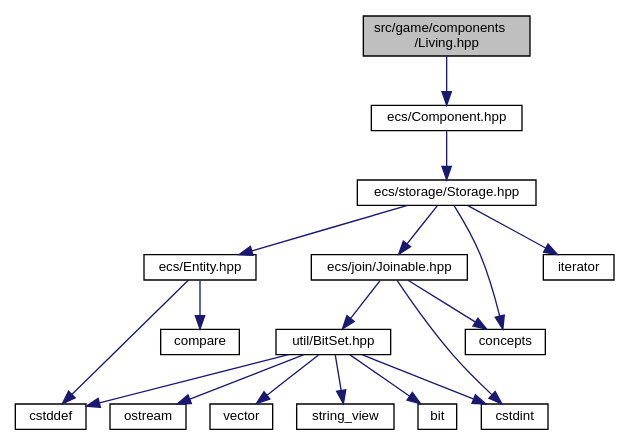
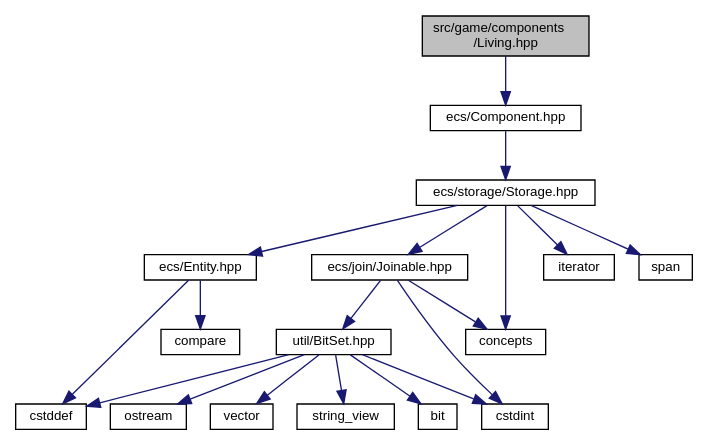
The diagram in _living_8hpp__incl.dot (MisterPeModder/Bomberman-Global-Offensive), drawn with Graphviz before and after one commit. The commit also changed 321 other files, not shown here.

Commit message:
Deploying to gh-pages from @ MisterPeModder/Bomberman-Global-Offensive@d3185e0575ebf8fe3eca5b02d07a9483788439b3 🚀

```diff
--- a/_living_8hpp__incl.dot
+++ b/_living_8hpp__incl.dot
@@ -1,38 +1,40 @@
 digraph "src/game/components/Living.hpp"
 {
  // LATEX_PDF_SIZE
   edge [fontname="Helvetica",fontsize="10",labelfontname="Helvetica",labelfontsize="10"];
   node [fontname="Helvetica",fontsize="10",shape=record];
   Node1 [label="src/game/components\l/Living.hpp",height=0.2,width=0.4,color="black", fillcolor="grey75", style="filled", fontcolor="black",tooltip=" "];
   Node1 -> Node2 [color="midnightblue",fontsize="10",style="solid",fontname="Helvetica"];
   Node2 [label="ecs/Component.hpp",height=0.2,width=0.4,color="black", fillcolor="white", style="filled",URL="$_component_8hpp.html",tooltip=" "];
   Node2 -> Node3 [color="midnightblue",fontsize="10",style="solid",fontname="Helvetica"];
   Node3 [label="ecs/storage/Storage.hpp",height=0.2,width=0.4,color="black", fillcolor="white", style="filled",URL="$storage_2_storage_8hpp.html",tooltip=" "];
   Node3 -> Node4 [color="midnightblue",fontsize="10",style="solid",fontname="Helvetica"];
   Node4 [label="ecs/Entity.hpp",height=0.2,width=0.4,color="black", fillcolor="white", style="filled",URL="$_entity_8hpp.html",tooltip=" "];
   Node4 -> Node5 [color="midnightblue",fontsize="10",style="solid",fontname="Helvetica"];
   Node5 [label="compare",height=0.2,width=0.4,color="black", fillcolor="white", style="filled",URL="/home/runner/work/Bomberman-Global-Offensive/Bomberman-Global-Offensive/doc/external/cppreference-doxygen-web.tag.xml$cpp/header/compare.html",tooltip=" "];
   Node4 -> Node6 [color="midnightblue",fontsize="10",style="solid",fontname="Helvetica"];
   Node6 [label="cstddef",height=0.2,width=0.4,color="black", fillcolor="white", style="filled",URL="/home/runner/work/Bomberman-Global-Offensive/Bomberman-Global-Offensive/doc/external/cppreference-doxygen-web.tag.xml$cpp/header/cstddef.html",tooltip=" "];
   Node3 -> Node7 [color="midnightblue",fontsize="10",style="solid",fontname="Helvetica"];
   Node7 [label="ecs/join/Joinable.hpp",height=0.2,width=0.4,color="black", fillcolor="white", style="filled",URL="$_joinable_8hpp.html",tooltip=" "];
   Node7 -> Node8 [color="midnightblue",fontsize="10",style="solid",fontname="Helvetica"];
   Node8 [label="util/BitSet.hpp",height=0.2,width=0.4,color="black", fillcolor="white", style="filled",URL="$_bit_set_8hpp.html",tooltip=" "];
   Node8 -> Node9 [color="midnightblue",fontsize="10",style="solid",fontname="Helvetica"];
   Node9 [label="bit",height=0.2,width=0.4,color="black", fillcolor="white", style="filled",URL="/home/runner/work/Bomberman-Global-Offensive/Bomberman-Global-Offensive/doc/external/cppreference-doxygen-web.tag.xml$cpp/header/bit.html",tooltip=" "];
   Node8 -> Node6 [color="midnightblue",fontsize="10",style="solid",fontname="Helvetica"];
   Node8 -> Node10 [color="midnightblue",fontsize="10",style="solid",fontname="Helvetica"];
   Node10 [label="cstdint",height=0.2,width=0.4,color="black", fillcolor="white", style="filled",URL="/home/runner/work/Bomberman-Global-Offensive/Bomberman-Global-Offensive/doc/external/cppreference-doxygen-web.tag.xml$cpp/header/cstdint.html",tooltip=" "];
   Node8 -> Node11 [color="midnightblue",fontsize="10",style="solid",fontname="Helvetica"];
   Node11 [label="ostream",height=0.2,width=0.4,color="black", fillcolor="white", style="filled",URL="/home/runner/work/Bomberman-Global-Offensive/Bomberman-Global-Offensive/doc/external/cppreference-doxygen-web.tag.xml$cpp/header/ostream.html",tooltip=" "];
   Node8 -> Node12 [color="midnightblue",fontsize="10",style="solid",fontname="Helvetica"];
   Node12 [label="vector",height=0.2,width=0.4,color="black", fillcolor="white", style="filled",URL="/home/runner/work/Bomberman-Global-Offensive/Bomberman-Global-Offensive/doc/external/cppreference-doxygen-web.tag.xml$cpp/header/vector.html",tooltip=" "];
   Node8 -> Node13 [color="midnightblue",fontsize="10",style="solid",fontname="Helvetica"];
   Node13 [label="string_view",height=0.2,width=0.4,color="black", fillcolor="white", style="filled",URL="/home/runner/work/Bomberman-Global-Offensive/Bomberman-Global-Offensive/doc/external/cppreference-doxygen-web.tag.xml$cpp/header/string_view.html",tooltip=" "];
   Node7 -> Node14 [color="midnightblue",fontsize="10",style="solid",fontname="Helvetica"];
   Node14 [label="concepts",height=0.2,width=0.4,color="black", fillcolor="white", style="filled",URL="/home/runner/work/Bomberman-Global-Offensive/Bomberman-Global-Offensive/doc/external/cppreference-doxygen-web.tag.xml$cpp/header/concepts.html",tooltip=" "];
   Node7 -> Node10 [color="midnightblue",fontsize="10",style="solid",fontname="Helvetica"];
   Node3 -> Node14 [color="midnightblue",fontsize="10",style="solid",fontname="Helvetica"];
   Node3 -> Node15 [color="midnightblue",fontsize="10",style="solid",fontname="Helvetica"];
   Node15 [label="iterator",height=0.2,width=0.4,color="black", fillcolor="white", style="filled",URL="/home/runner/work/Bomberman-Global-Offensive/Bomberman-Global-Offensive/doc/external/cppreference-doxygen-web.tag.xml$cpp/header/iterator.html",tooltip=" "];
+  Node3 -> Node16 [color="midnightblue",fontsize="10",style="solid",fontname="Helvetica"];
+  Node16 [label="span",height=0.2,width=0.4,color="black", fillcolor="white", style="filled",URL="/home/runner/work/Bomberman-Global-Offensive/Bomberman-Global-Offensive/doc/external/cppreference-doxygen-web.tag.xml$cpp/header/span.html",tooltip=" "];
 }
```
